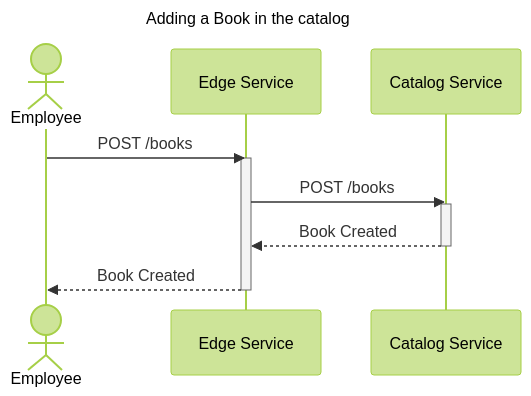
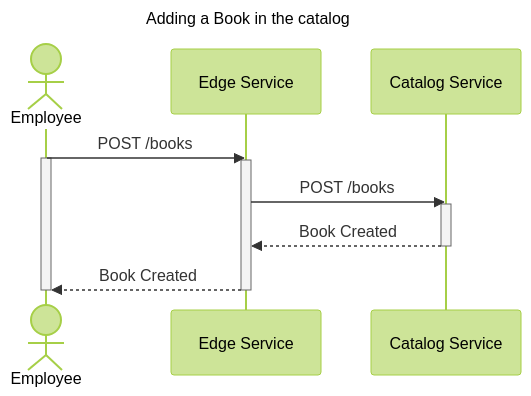
Before and after one commit to rajanjha786/Design-Docs: the fourth of 7 diagrams in README.md, drawn with Mermaid (forest theme). The commit also changed other lines of this file, not shown here.

Commit message:
Added sequence diagram

````diff
--- a/README.md
+++ b/README.md
@@ -172,20 +176,22 @@
 ```mermaid
 ---
 title: Adding a Book in the catalog
 ---
 
 sequenceDiagram
     actor E as Employee
     participant ES as Edge Service
     participant CS as Catalog Service
     
     E ->> ES: POST /books
+    activate E
     activate ES
     ES ->> CS: POST /books
     activate CS
     CS -->> ES: Book Created
     deactivate CS
     ES -->> E: Book Created
     deactivate ES
+    deactivate E
     
 ```
````
